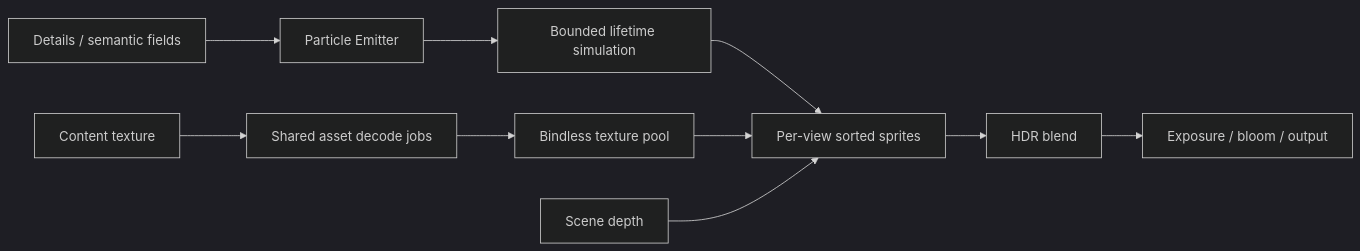
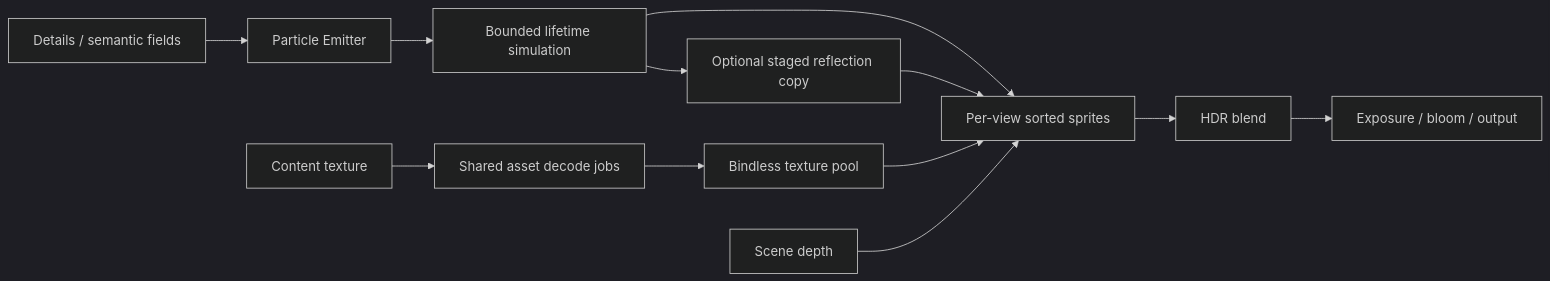
One commit to ReanSchwarzer1/SomniumEngine changed the diagram in docs/editor/particles.md. Above: the diagram before and after it, drawn with Mermaid (dark theme). The commit also changed other lines of this file and 25 other files, not shown here.

````diff
--- a/docs/editor/particles.md
+++ b/docs/editor/particles.md
@@ -19,12 +21,14 @@
 ```mermaid
 flowchart LR
   Details[Details / semantic fields] --> Emitter[Particle Emitter]
   Texture[Content texture] --> Jobs[Shared asset decode jobs]
   Jobs --> Pool[Bindless texture pool]
   Emitter --> Sim[Bounded lifetime simulation]
   Sim --> View[Per-view sorted sprites]
+  Sim --> Mirror[Optional staged reflection copy]
+  Mirror --> View
   Pool --> View
   Depth[Scene depth] --> View
   View --> HDR[HDR blend]
   HDR --> Bloom[Exposure / bloom / output]
 ```
````
